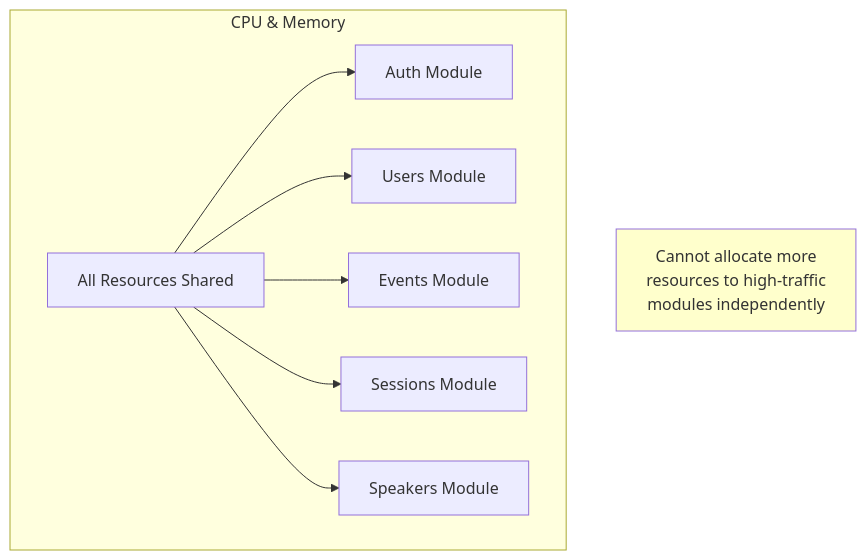
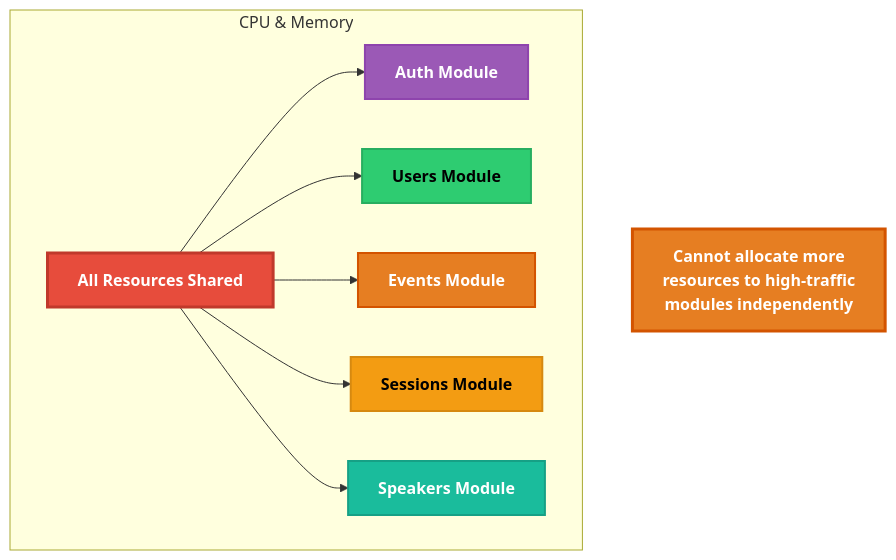
One commit to martimmpr/epicjunior-backend-db-course changed the sixth of 6 diagrams in diagrams/monolithic-architecture.md. Above: the diagram before and after it, drawn with Mermaid. The commit also changed other lines of this file and 3 other files, not shown here.

Commit message:
docs: Improved Diagrams Readability.

````diff
--- a/diagrams/monolithic-architecture.md
+++ b/diagrams/monolithic-architecture.md
@@ -202,15 +224,21 @@
 ```mermaid
 graph TB
     subgraph "CPU & Memory"
-        R[All Resources Shared]
-        R --> M1[Auth Module]
-        R --> M2[Users Module]
-        R --> M3[Events Module]
-        R --> M4[Sessions Module]
-        R --> M5[Speakers Module]
+        R["<b>All Resources Shared</b>"]
+        R --> M1["<b>Auth Module</b>"]
+        R --> M2["<b>Users Module</b>"]
+        R --> M3["<b>Events Module</b>"]
+        R --> M4["<b>Sessions Module</b>"]
+        R --> M5["<b>Speakers Module</b>"]
     end
     
-    Note1[Cannot allocate more<br/>resources to high-traffic<br/>modules independently]
+    Note1["<b>Cannot allocate more<br/>resources to high-traffic<br/>modules independently</b>"]
     
-    style Note1 fill:#ffffcc
+    style Note1 fill:#e67e22,stroke:#d35400,stroke-width:3px,color:#fff
+    style R fill:#e74c3c,stroke:#c0392b,stroke-width:3px,color:#fff
+    style M1 fill:#9b59b6,stroke:#8e44ad,stroke-width:2px,color:#fff
+    style M2 fill:#2ecc71,stroke:#27ae60,stroke-width:2px,color:#000
+    style M3 fill:#e67e22,stroke:#d35400,stroke-width:2px,color:#fff
+    style M4 fill:#f39c12,stroke:#d68910,stroke-width:2px,color:#000
+    style M5 fill:#1abc9c,stroke:#16a085,stroke-width:2px,color:#fff
 ```
````
